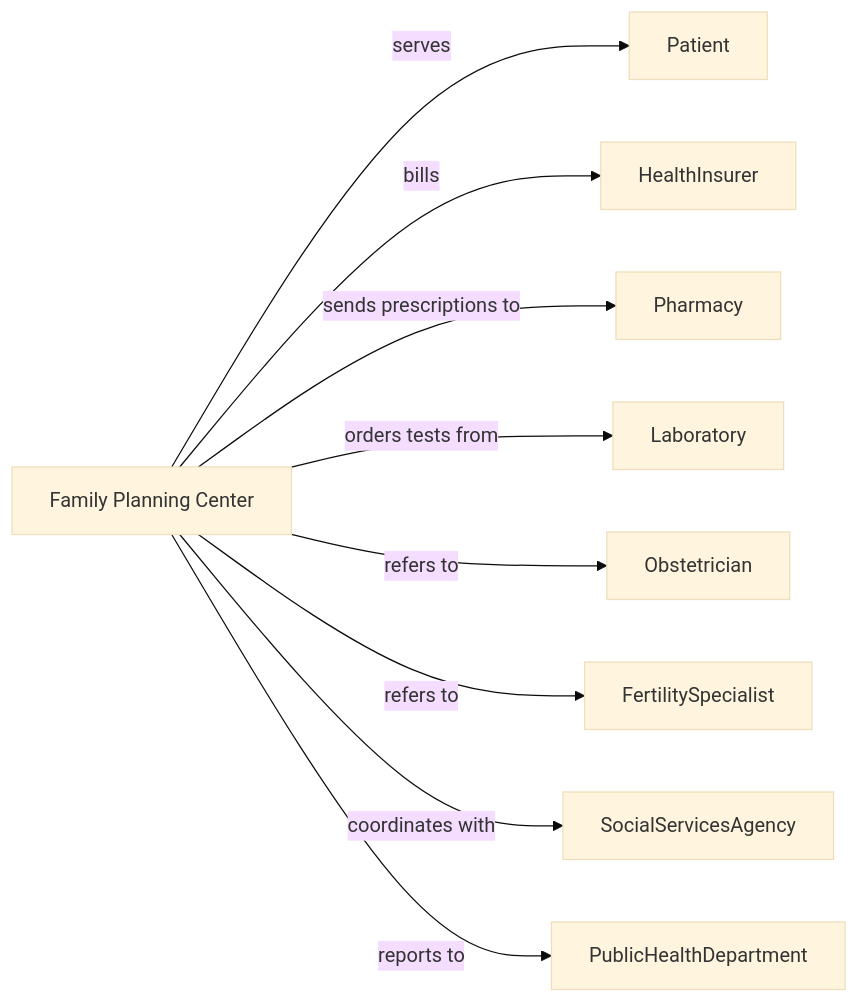
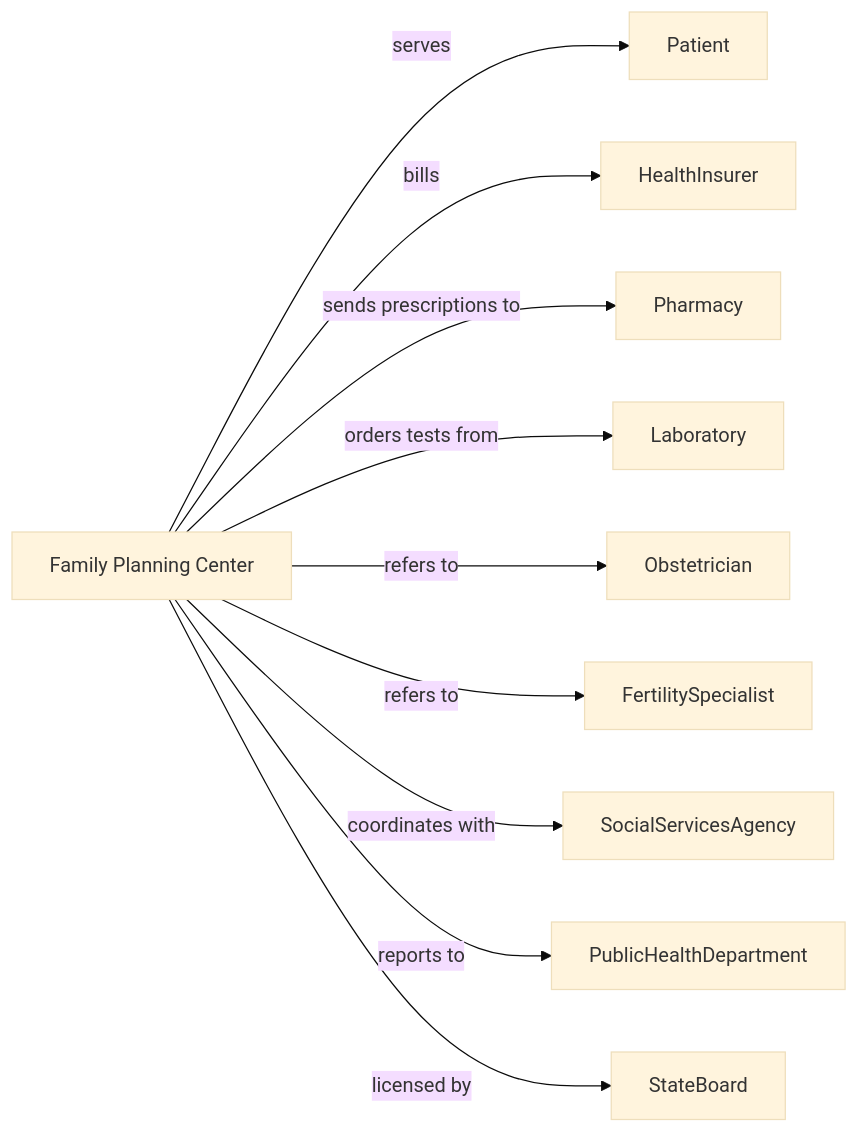
One commit to dot-org-ai/industries.org.ai changed the second of 2 diagrams in HealthCare/AmbulatoryHealthCareServices/OutpatientCareCenters/FamilyPlanningCenters.mdx. Above: the diagram before and after it, drawn with Mermaid (base theme). The commit also changed 588 other files, not shown here.

````diff
--- a/HealthCare/AmbulatoryHealthCareServices/OutpatientCareCenters/FamilyPlanningCenters.mdx
+++ b/HealthCare/AmbulatoryHealthCareServices/OutpatientCareCenters/FamilyPlanningCenters.mdx
@@ -143,13 +143,14 @@
 ```mermaid
 graph LR
     F[Family Planning Center]
 
     F -->|serves| Patient
     F -->|bills| HealthInsurer
     F -->|sends prescriptions to| Pharmacy
     F -->|orders tests from| Laboratory
     F -->|refers to| Obstetrician
     F -->|refers to| FertilitySpecialist
     F -->|coordinates with| SocialServicesAgency
     F -->|reports to| PublicHealthDepartment
+    F -->|licensed by| StateBoard
 ```
````
